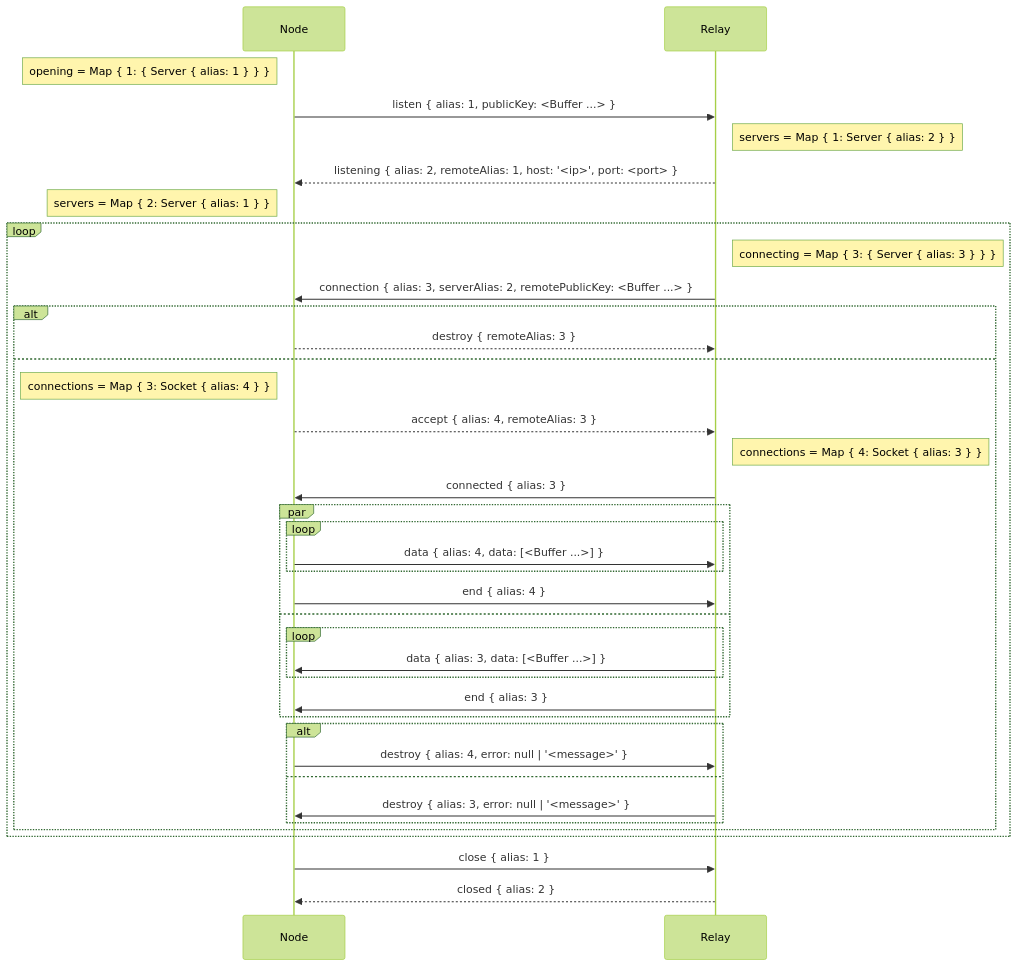
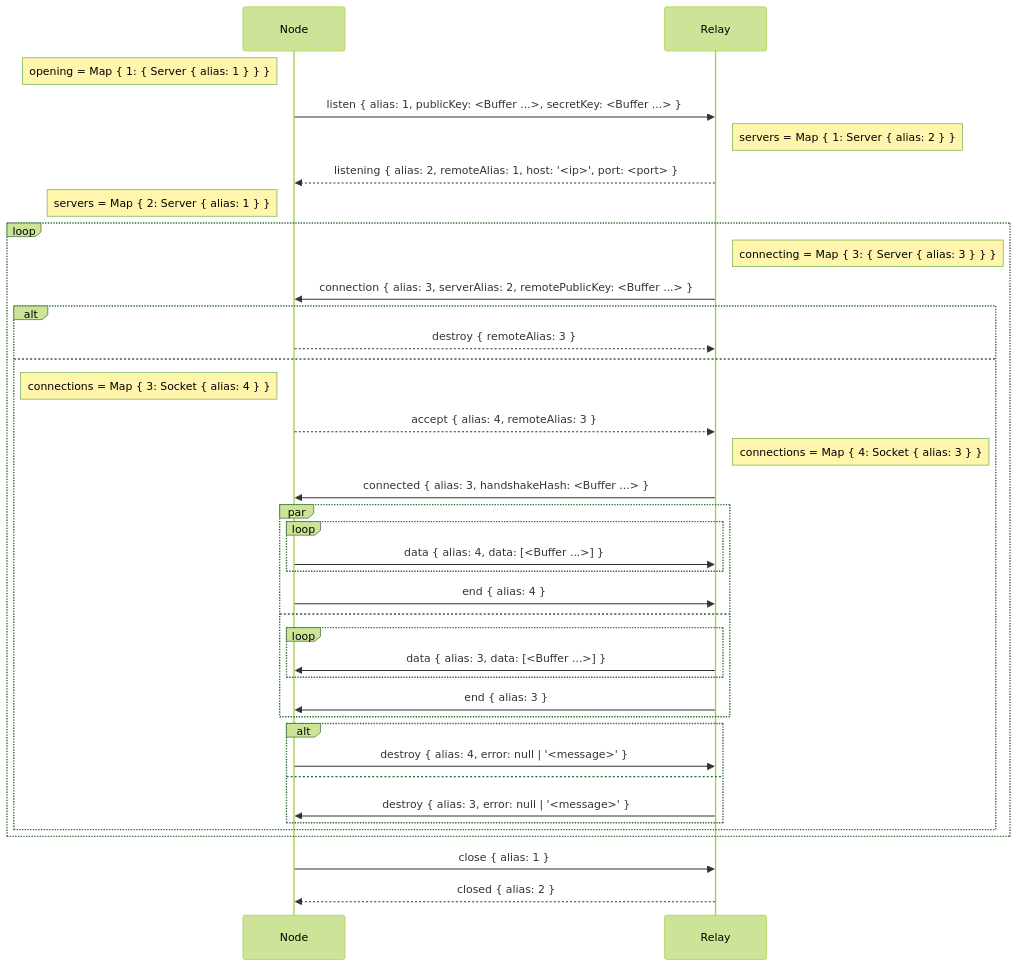
The diagram in media/diagrams/create-server.mmd (holepunchto/hyperswarm-dht-relay), drawn with Mermaid (forest theme) before and after one commit. The commit also changed 5 other files, not shown here.

```diff
--- a/media/diagrams/create-server.mmd
+++ b/media/diagrams/create-server.mmd
@@ -1,55 +1,55 @@
 sequenceDiagram
   participant N as Node
   participant R as Relay
 
   note left of N: opening = Map { 1: { Server { alias: 1 } } }
 
-  N->>R: listen { alias: 1, publicKey: <Buffer ...> }
+  N->>R: listen { alias: 1, publicKey: <Buffer ...>, secretKey: <Buffer ...> }
 
   note right of R: servers = Map { 1: Server { alias: 2 } }
 
   R-->>N: listening { alias: 2, remoteAlias: 1, host: '<ip>', port: <port> }
 
   note left of N: servers = Map { 2: Server { alias: 1 } }
 
   loop
     note right of R: connecting = Map { 3: { Server { alias: 3 } } }
 
     R->>N: connection { alias: 3, serverAlias: 2, remotePublicKey: <Buffer ...> }
 
     alt
       N-->>R: destroy { remoteAlias: 3 }
     else
       note left of N: connections = Map { 3: Socket { alias: 4 } }
 
       N-->>R: accept { alias: 4, remoteAlias: 3 }
 
       note right of R: connections = Map { 4: Socket { alias: 3 } }
 
-      R->>N: connected { alias: 3 }
+      R->>N: connected { alias: 3, handshakeHash: <Buffer ...> }
 
       par
         loop
           N->>R: data { alias: 4, data: [<Buffer ...>] }
         end
 
         N->>R: end { alias: 4 }
       and
         loop
           R->>N: data { alias: 3, data: [<Buffer ...>] }
         end
 
         R->>N: end { alias: 3 }
       end
 
       alt
         N->>R: destroy { alias: 4, error: null | '<message>' }
       else
         R->>N: destroy { alias: 3, error: null | '<message>' }
       end
     end
   end
 
   N->>R: close { alias: 1 }
 
   R-->>N: closed { alias: 2 }
```
